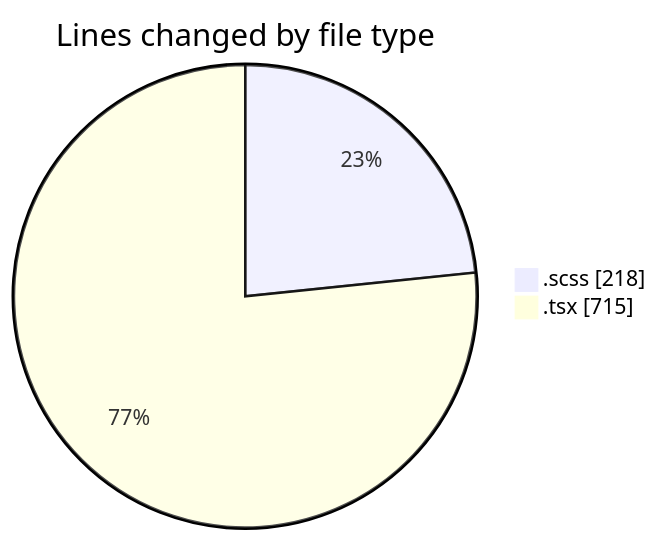
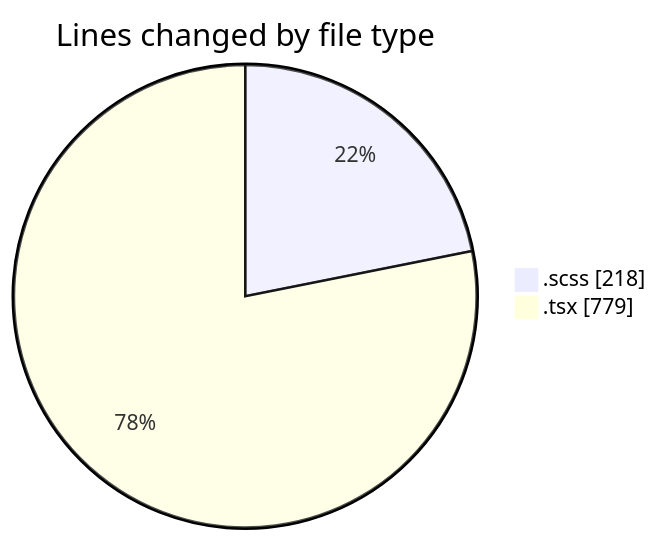
Before and after one commit to momahboobian/code-tracking: the first of 2 diagrams in 2025-03-28/cda/README.md, drawn with Mermaid. The commit also changed other lines of this file and 1 other file, not shown here.

````diff
--- a/2025-03-28/cda/README.md
+++ b/2025-03-28/cda/README.md
@@ -23,6 +23,6 @@
 ```mermaid
 pie showData
 title Lines changed by file type
 ".scss" : 218
-".tsx" : 715
+".tsx" : 779
 ```
````
